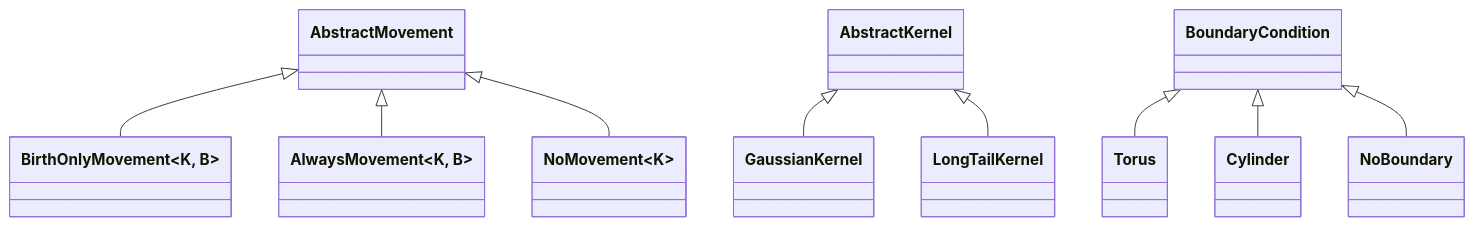
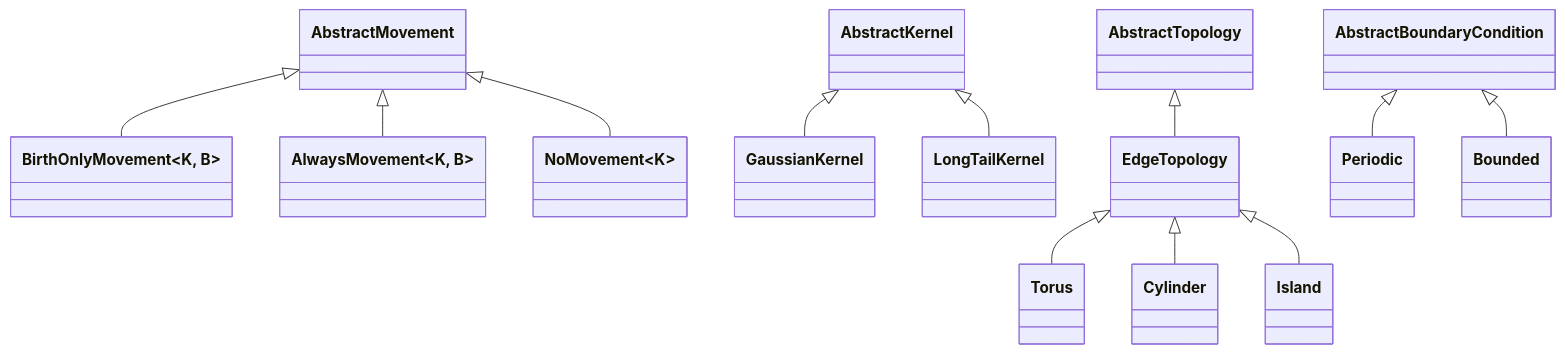
Diagram 13 of 17 in docs/architecture.md (EcoJulia/EcoSISTEM.jl), drawn with Mermaid before and after one commit. The commit also changed other lines of this file and 17 other files, not shown here.

````diff
--- a/docs/architecture.md
+++ b/docs/architecture.md
@@ -245,14 +711,17 @@
 ```mermaid
 classDiagram
     class BirthOnlyMovement~K, B~
     class AlwaysMovement~K, B~
     class NoMovement~K~
     AbstractMovement  <|-- BirthOnlyMovement
     AbstractMovement  <|-- AlwaysMovement
     AbstractMovement  <|-- NoMovement
     AbstractKernel    <|-- GaussianKernel
     AbstractKernel    <|-- LongTailKernel
-    BoundaryCondition <|-- Torus
-    BoundaryCondition <|-- Cylinder
-    BoundaryCondition <|-- NoBoundary
+    AbstractTopology <|-- EdgeTopology
+    EdgeTopology <|-- Torus
+    EdgeTopology <|-- Cylinder
+    EdgeTopology <|-- Island
+    AbstractBoundaryCondition <|-- Periodic
+    AbstractBoundaryCondition <|-- Bounded
 ```
````
